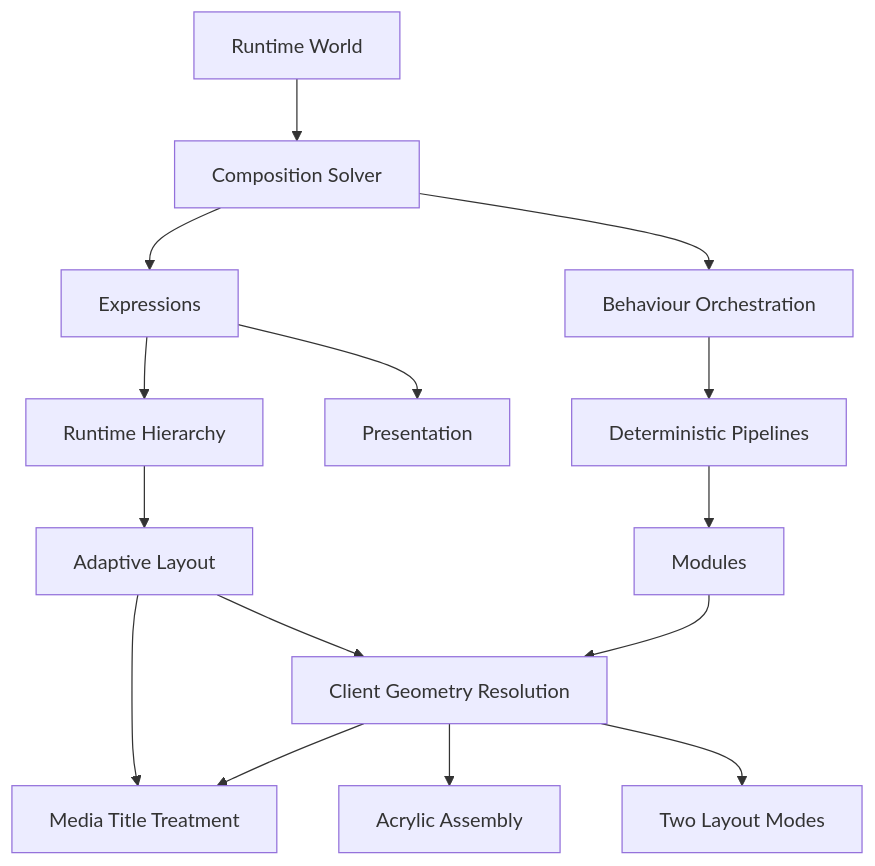
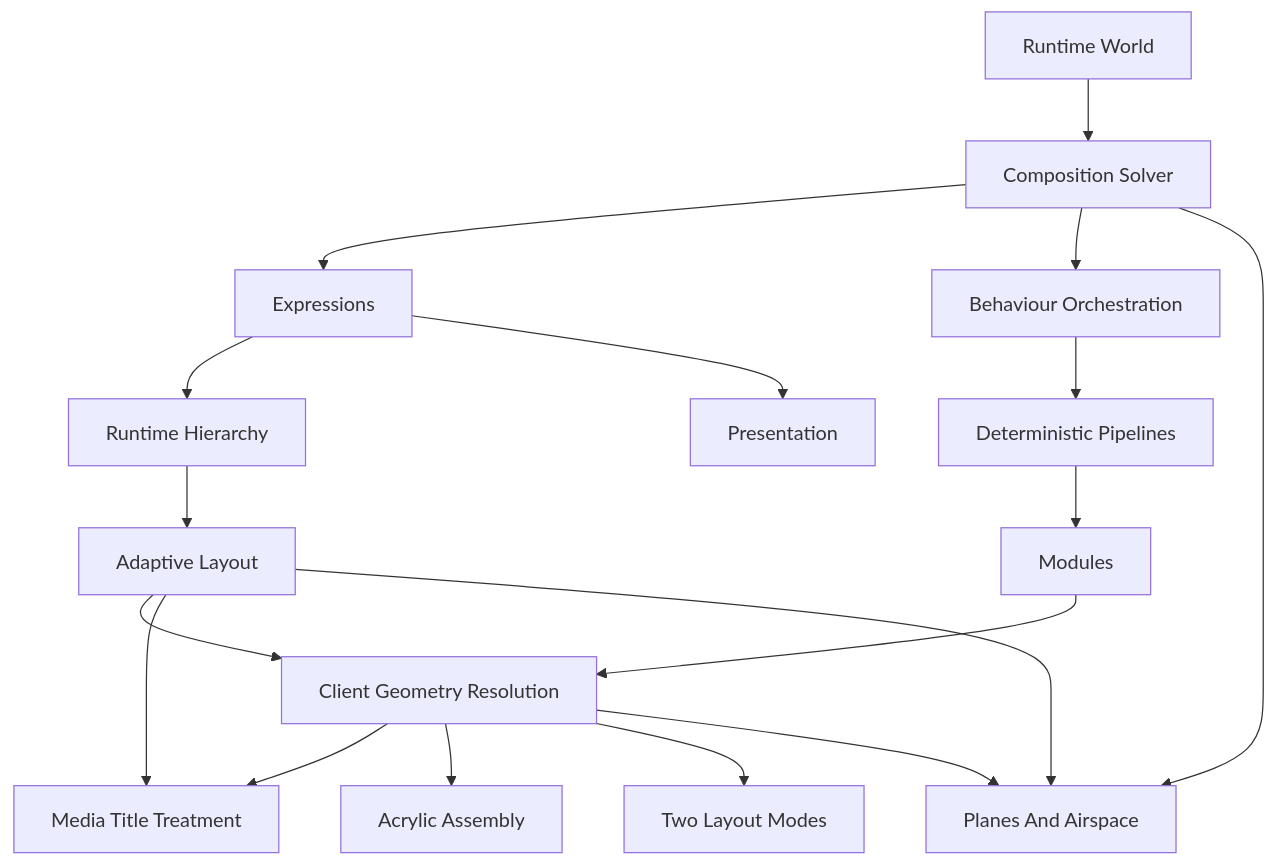
One commit to mosaic-media/mosaic-architecture changed the diagram in docs/design/system/mds-006-composition-engine/12-adrs.md. Above: the diagram before and after it, drawn with Mermaid. The commit also changed other lines of this file and 5 other files, not shown here.

Commit message:
docs(mds-006): solve depth planes and airspace

````diff
--- a/docs/design/system/mds-006-composition-engine/12-adrs.md
+++ b/docs/design/system/mds-006-composition-engine/12-adrs.md
@@ -395,44 +433,48 @@
 ```mermaid
 flowchart TD
 
 ADR154["Runtime World"]
 
 ADR155["Composition Solver"]
 
 ADR156["Expressions"]
 
 ADR157["Runtime Hierarchy"]
 
 ADR158["Behaviour Orchestration"]
 
 ADR159["Presentation"]
 
 ADR160["Adaptive Layout"]
 
 ADR161["Deterministic Pipelines"]
 
 ADR162["Modules"]
 
 ADR163["Client Geometry Resolution"]
 
 ADR164["Media Title Treatment"]
 
 ADR165["Acrylic Assembly"]
 
 ADR166["Two Layout Modes"]
+ADR197["Planes And Airspace"]
 
 ADR154 --> ADR155
 ADR155 --> ADR156
 ADR156 --> ADR157
 ADR157 --> ADR160
 ADR155 --> ADR158
 ADR158 --> ADR161
 ADR156 --> ADR159
 ADR161 --> ADR162
 ADR160 --> ADR163
 ADR162 --> ADR163
 ADR160 --> ADR164
 ADR163 --> ADR164
 ADR163 --> ADR165
 ADR163 --> ADR166
+ADR155 --> ADR197
+ADR160 --> ADR197
+ADR163 --> ADR197
 ```
````
